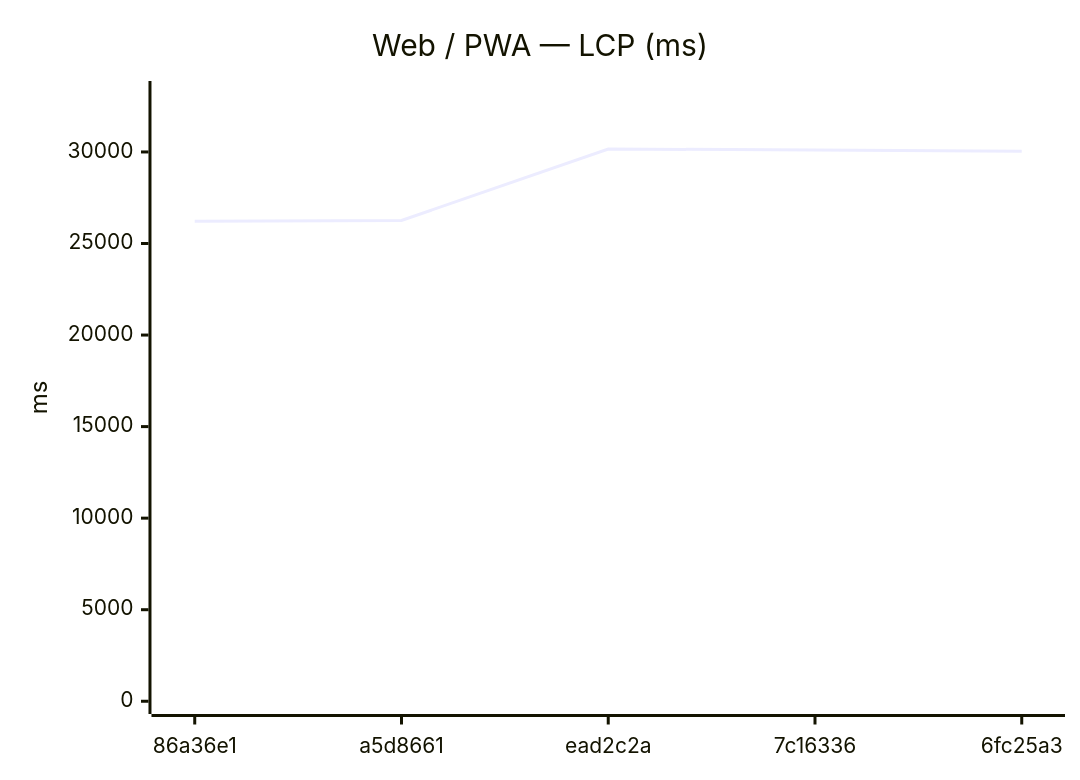
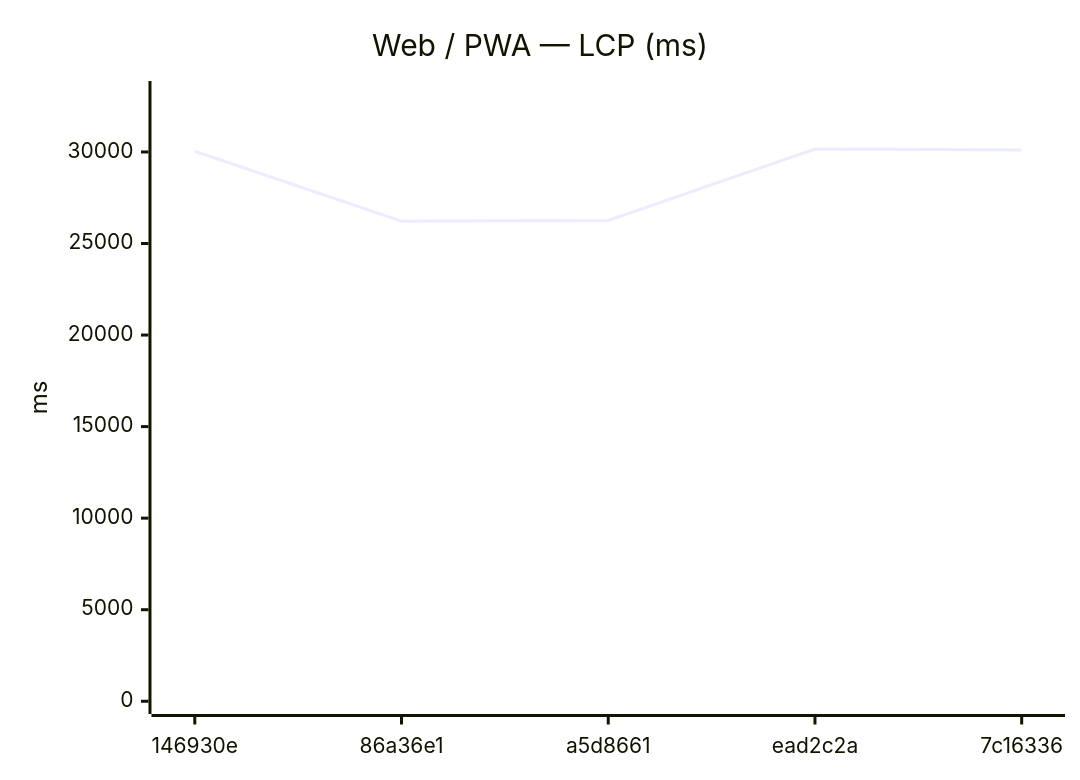
Before and after one commit to Metaheurist/Rianell: the fifth of 12 diagrams in benchmarks/compare.md, drawn with Mermaid. The commit also changed other lines of this file and 8 other files, not shown here.

````diff
--- a/benchmarks/compare.md
+++ b/benchmarks/compare.md
@@ -82,7 +82,7 @@
 ```mermaid
 xychart-beta
     title "Web / PWA — LCP (ms)"
-    x-axis ["86a36e1", "a5d8661", "ead2c2a", "7c16336", "6fc25a3"]
+    x-axis ["146930e", "86a36e1", "a5d8661", "ead2c2a", "7c16336"]
     y-axis "ms" 0 --> 33179
-    line [26222, 26258, 30162, 30106, 30044]
+    line [30039, 26222, 26258, 30162, 30106]
 ```
````
